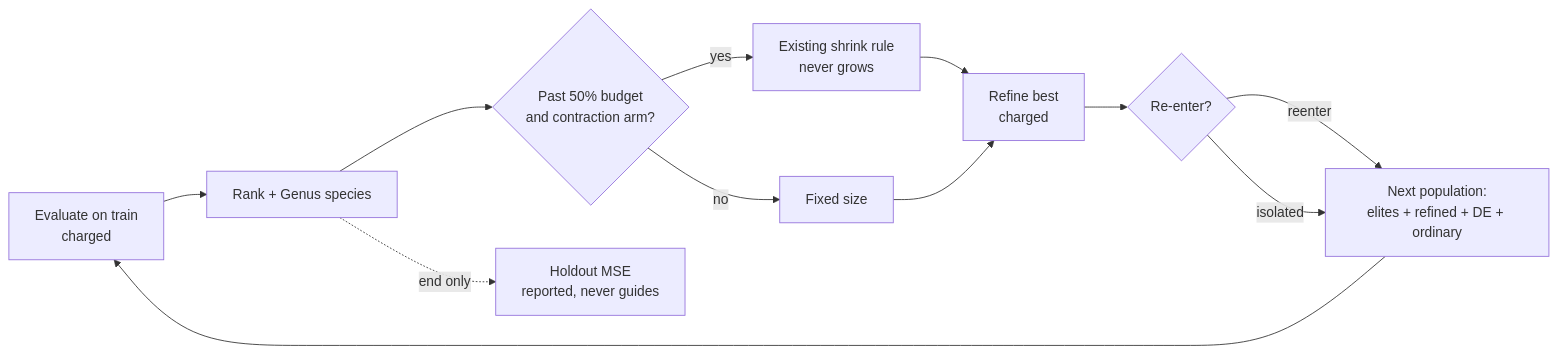
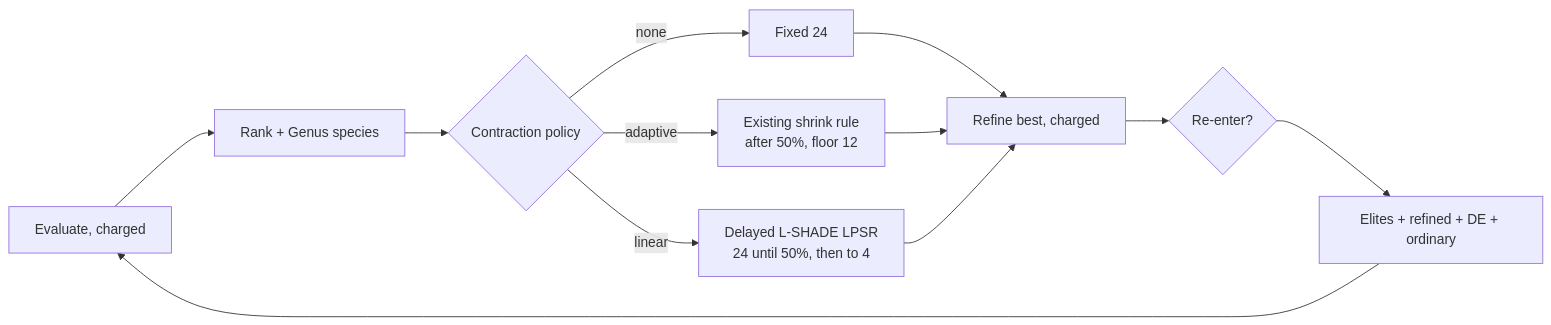
The diagram in docs/archive/pr-summaries/pr-summary-4156.md (stSoftwareAU/NEAT-AI), drawn with Mermaid before and after one commit. The commit also changed other lines of this file, not shown here.

First line of the commit message:
Write the PR summary for the LPSR follow-up (Issue #4156)

````diff
--- a/docs/archive/pr-summaries/pr-summary-4156.md
+++ b/docs/archive/pr-summaries/pr-summary-4156.md
@@ -144,14 +112,14 @@
 ```mermaid
 flowchart LR
-    E[Evaluate on train<br/>charged] --> R[Rank + Genus species]
-    R --> C{Past 50% budget<br/>and contraction arm?}
-    C -->|yes| S[Existing shrink rule<br/>never grows]
-    C -->|no| F[Fixed size]
-    S --> L[Refine best<br/>charged]
-    F --> L
-    L --> Q{Re-enter?}
-    Q -->|reenter| N[Next population:<br/>elites + refined + DE + ordinary]
-    Q -->|isolated| N
-    N --> E
-    R -.->|end only| H[Holdout MSE<br/>reported, never guides]
+    A[Evaluate, charged] --> B[Rank + Genus species]
+    B --> C{Contraction policy}
+    C -->|none| F[Fixed 24]
+    C -->|adaptive| S[Existing shrink rule<br/>after 50%, floor 12]
+    C -->|linear| L[Delayed L-SHADE LPSR<br/>24 until 50%, then to 4]
+    F --> R[Refine best, charged]
+    S --> R
+    L --> R
+    R --> Q{Re-enter?}
+    Q --> N[Elites + refined + DE + ordinary]
+    N --> A
 ```
````
